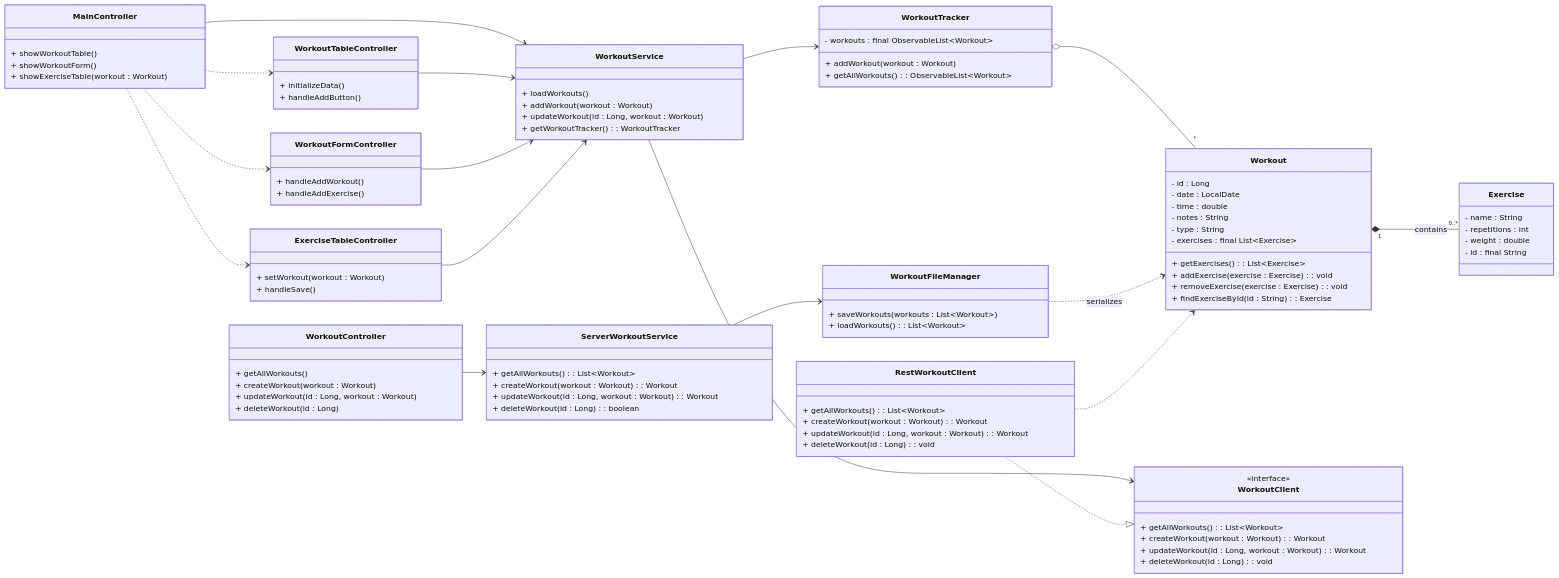
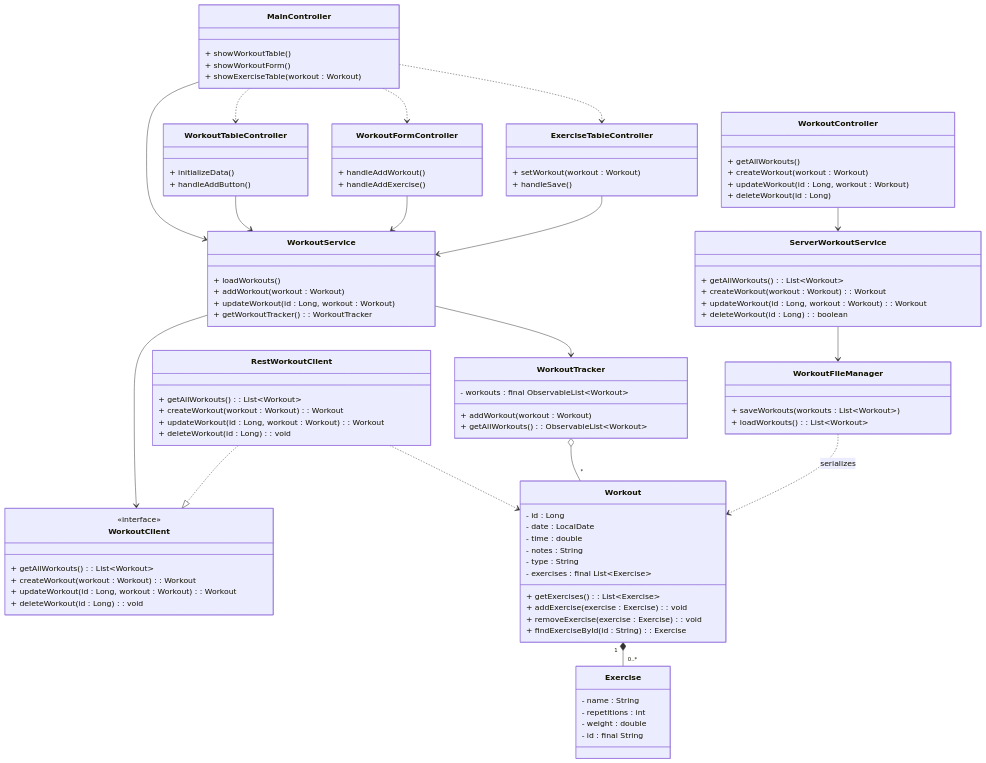
One commit to MadsNotland/ITP1901 changed the diagram in docs/release3/class-diagram-release3.md. Above: the diagram before and after it, drawn with Mermaid.

Commit message:
docs: Reorganize release 3 class diagram layout
Grouped the UI, service, domain, and persistence/server classes into distinct
sections and switched the Mermaid diagram orientation to top-to-bottom. This
reduces line crossings so the relationships are easier to follow without
changing the information presented.

See: #101

````diff
--- a/docs/release3/class-diagram-release3.md
+++ b/docs/release3/class-diagram-release3.md
@@ -8,37 +8,6 @@
 ```mermaid
 classDiagram
-direction LR
-
-%% Core domain
-class Exercise {
-  - name : String
-  - repetitions : int
-  - weight : double
-  - id : final String
-}
-class Workout {
-  - id : Long
-  - date : LocalDate
-  - time : double
-  - notes : String
-  - type : String
-  - exercises : final List~Exercise~
-  + getExercises() : List~Exercise~
-  + addExercise(exercise : Exercise) : void
-  + removeExercise(exercise : Exercise) : void
-  + findExerciseById(id : String) : Exercise
-}
-class WorkoutTracker {
-  - workouts : final ObservableList~Workout~
-  + addWorkout(workout : Workout)
-  + getAllWorkouts() : ObservableList~Workout~
-}
-
-%% Persistence
-class WorkoutFileManager {
-  + saveWorkouts(workouts : List~Workout~)
-  + loadWorkouts() : List~Workout~
-}
+direction TB
 
 %% UI layer
 class MainController {
@@ -58,6 +27,8 @@
   + setWorkout(workout : Workout)
   + handleSave()
 }
+
+%% Application services
 class WorkoutService {
   + loadWorkouts()
   + addWorkout(workout : Workout)
@@ -78,7 +49,36 @@
   + deleteWorkout(id : Long) : void
 }
 
-%% server.WorkoutService represents the Spring service in the server module
+%% Domain
+class WorkoutTracker {
+  - workouts : final ObservableList~Workout~
+  + addWorkout(workout : Workout)
+  + getAllWorkouts() : ObservableList~Workout~
+}
+class Workout {
+  - id : Long
+  - date : LocalDate
+  - time : double
+  - notes : String
+  - type : String
+  - exercises : final List~Exercise~
+  + getExercises() : List~Exercise~
+  + addExercise(exercise : Exercise) : void
+  + removeExercise(exercise : Exercise) : void
+  + findExerciseById(id : String) : Exercise
+}
+class Exercise {
+  - name : String
+  - repetitions : int
+  - weight : double
+  - id : final String
+}
+
+%% Persistence & server
+class WorkoutFileManager {
+  + saveWorkouts(workouts : List~Workout~)
+  + loadWorkouts() : List~Workout~
+}
 class ServerWorkoutService {
   + getAllWorkouts() : List~Workout~
   + createWorkout(workout : Workout) : Workout
@@ -93,10 +93,6 @@
 }
 
 %% Relationships
-Workout "1" *-- "0..*" Exercise : contains
-WorkoutTracker o-- "*" Workout
-WorkoutFileManager ..> Workout : serializes
-
 MainController --> WorkoutService
 MainController ..> WorkoutTableController
 MainController ..> WorkoutFormController
@@ -110,6 +106,10 @@
 RestWorkoutClient ..|> WorkoutClient
 RestWorkoutClient ..> Workout
 
+WorkoutTracker o-- "*" Workout
+Workout "1" *-- "0..*" Exercise
+WorkoutFileManager ..> Workout : serializes
+
 ServerWorkoutService --> WorkoutFileManager
 WorkoutController --> ServerWorkoutService
 ```
````
